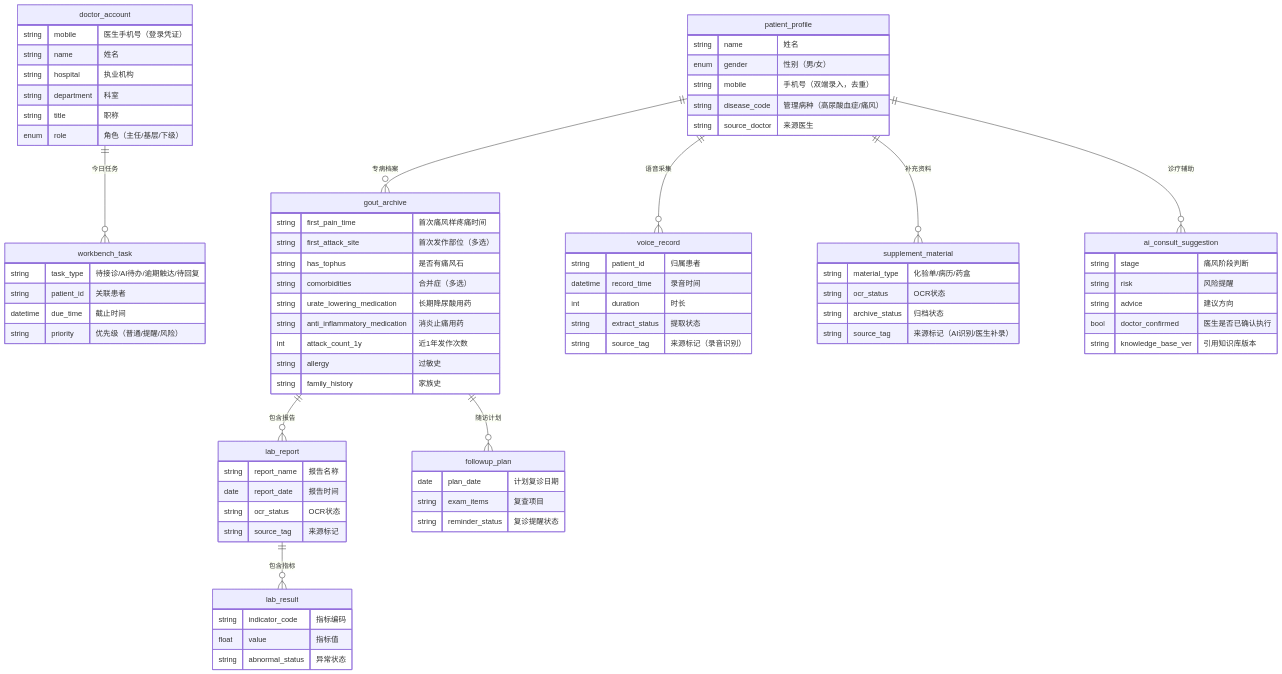
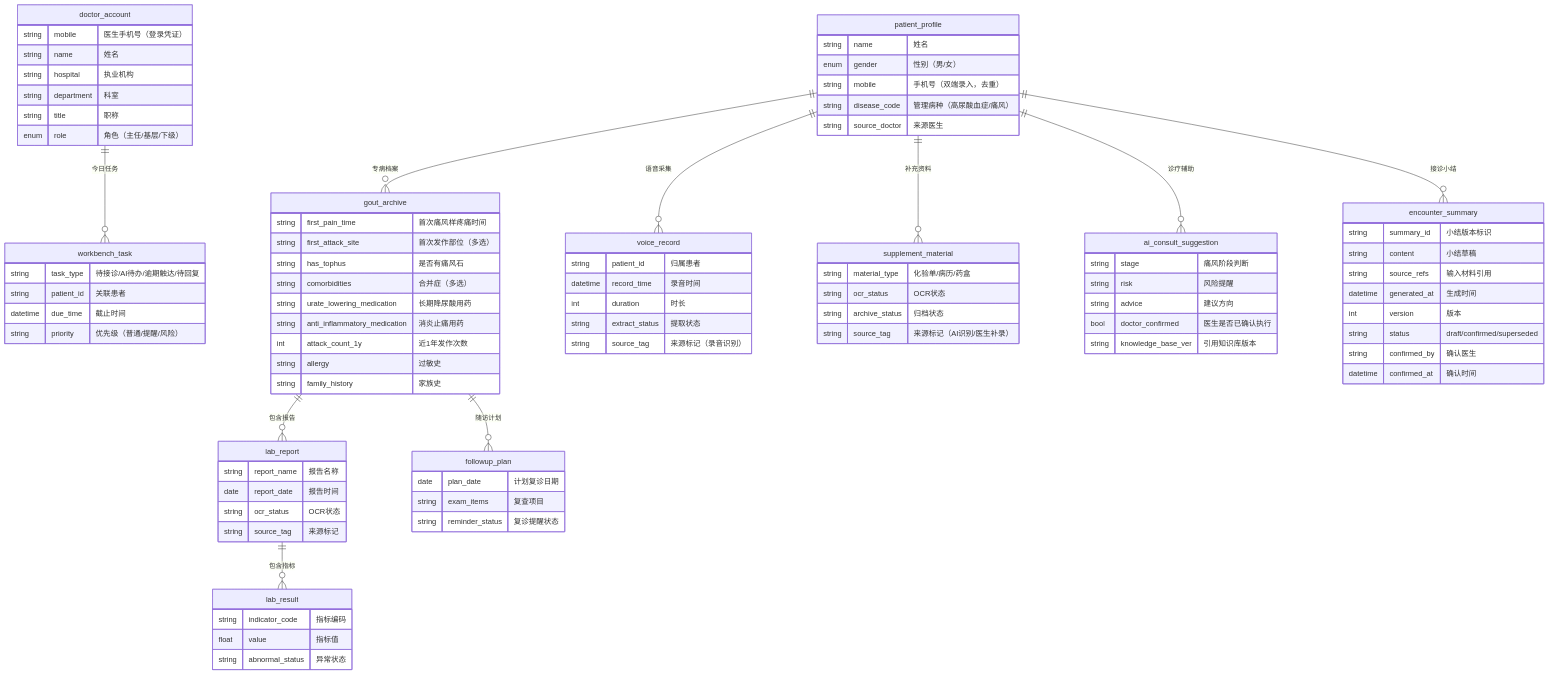
The diagram in docs/04-项目沉淀/医生端_PROJECT_SUMMARY.md (libby0928/gout-agent-final-demo), drawn with Mermaid before and after one commit. The commit also changed other lines of this file and 10 other files, not shown here.

Commit message:
Refine gout demo flows and align patient-facing copy

```diff
--- a/docs/04-项目沉淀/医生端_PROJECT_SUMMARY.md
+++ b/docs/04-项目沉淀/医生端_PROJECT_SUMMARY.md
@@ -136,6 +137,17 @@
         string knowledge_base_ver "引用知识库版本"
     }
 
+    encounter_summary {
+        string summary_id "小结版本标识"
+        string content "小结草稿"
+        string source_refs "输入材料引用"
+        datetime generated_at "生成时间"
+        int version "版本"
+        string status "draft/confirmed/superseded"
+        string confirmed_by "确认医生"
+        datetime confirmed_at "确认时间"
+    }
+
     lab_report {
         string report_name "报告名称"
         date report_date "报告时间"
@@ -160,6 +172,7 @@
     patient_profile ||--o{ voice_record : "语音采集"
     patient_profile ||--o{ supplement_material : "补充资料"
     patient_profile ||--o{ ai_consult_suggestion : "诊疗辅助"
+    patient_profile ||--o{ encounter_summary : "接诊小结"
     gout_archive ||--o{ lab_report : "包含报告"
     lab_report ||--o{ lab_result : "包含指标"
     gout_archive ||--o{ followup_plan : "随访计划"
```
